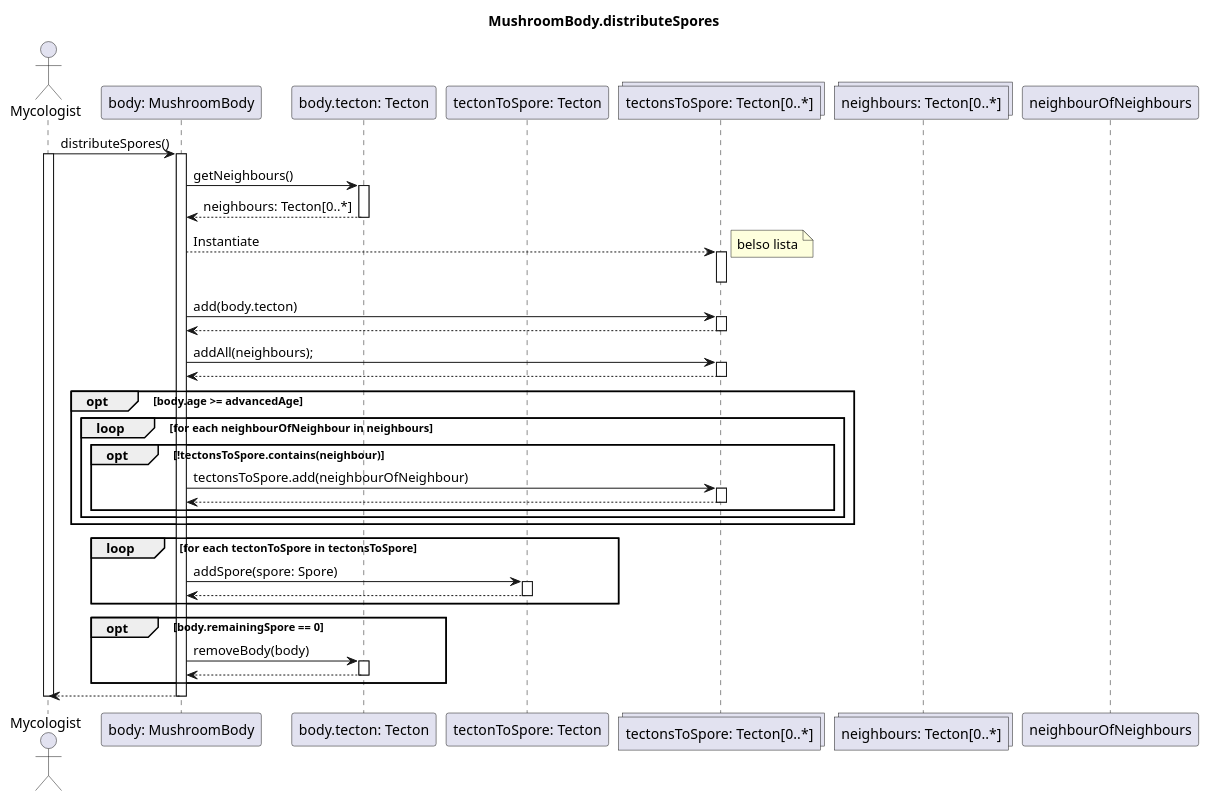
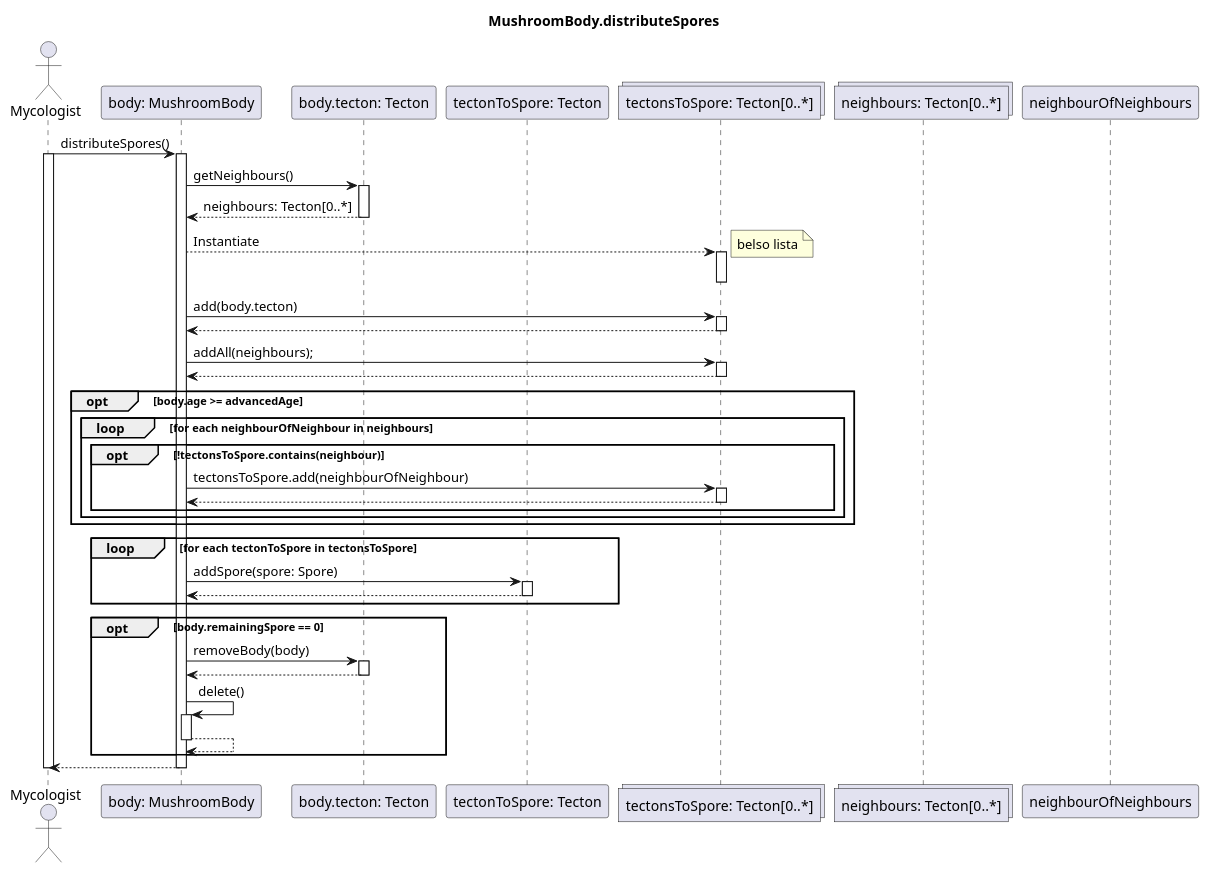
Before and after one commit to dzsem/projlab: the diagram in diagrams/sequence/use_cases/distributeSpore.wsd, drawn with PlantUML. The commit also changed 1 other file, not shown here.

Commit message:
RemoveBody delete calls

```diff
--- a/diagrams/sequence/use_cases/distributeSpore.wsd
+++ b/diagrams/sequence/use_cases/distributeSpore.wsd
@@ -1,69 +1,76 @@
 @startuml DistributeSpore
 title MushroomBody.distributeSpores
 
 actor "Mycologist" as mycologist
 participant "body: MushroomBody" as body
 participant "body.tecton: Tecton" as tecton
 participant "tectonToSpore: Tecton" as tectonToSpore
 collections "tectonsToSpore: Tecton[0..*]" as tectons 
 
 collections "neighbours: Tecton[0..*]"
 participant "neighbourOfNeighbours"
 
 mycologist -> body : distributeSpores()
 activate mycologist
 activate body
 
 body -> tecton : getNeighbours()
 
 activate tecton
 tecton --> body : neighbours: Tecton[0..*]
 deactivate tecton
 
 body --> tectons: Instantiate
 note right: belso lista
 activate tectons
 deactivate tectons
 
     
     body -> tectons: add(body.tecton)
     activate tectons
     tectons --> body
     deactivate tectons
     
     body -> tectons: addAll(neighbours);
     activate tectons
     tectons --> body
     deactivate tectons
 
     opt body.age >= advancedAge
         loop for each neighbourOfNeighbour in neighbours
             opt !tectonsToSpore.contains(neighbour)
                 body -> tectons: tectonsToSpore.add(neighbourOfNeighbour)
                 activate tectons
                 tectons --> body
                 deactivate tectons
             end
         end
     end
 
     loop for each tectonToSpore in tectonsToSpore
         body -> tectonToSpore : addSpore(spore: Spore)
         activate tectonToSpore
         tectonToSpore --> body 
         deactivate tectonToSpore
 
     end
 
     opt body.remainingSpore == 0
         body -> tecton : removeBody(body)
         activate tecton
+
         tecton --> body
         deactivate tecton
+
+        body -> body: delete()
+        activate body
+
+        body --> body
+        deactivate body
     end
 
 mycologist <-- body
 deactivate body
 deactivate mycologist
 
 @enduml
```
